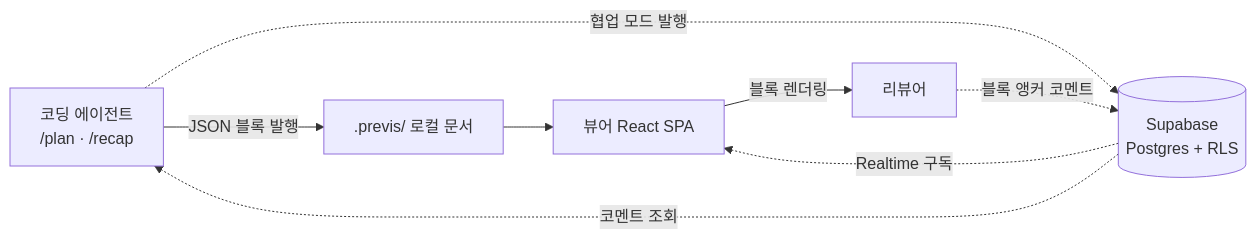
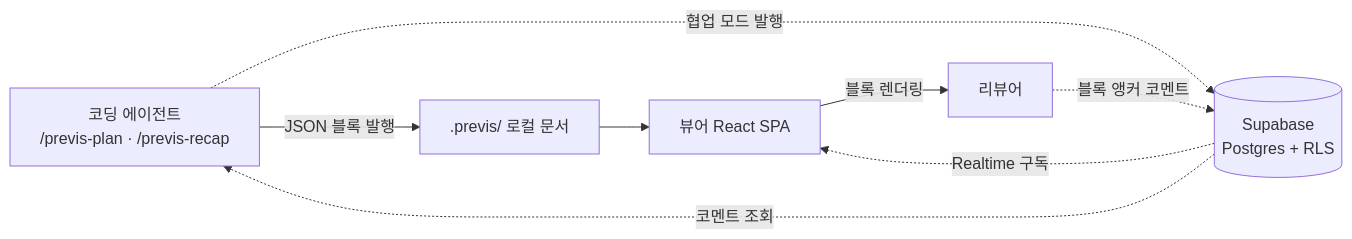
One commit to claude-studio/previs changed the diagram in docs/ARCHI.md. Above: the diagram before and after it, drawn with Mermaid. The commit also changed other lines of this file and 22 other files, not shown here.

First line of the commit message:
feat(skills): 로컬 발행 파이프라인·/previs-plan — 에이전트 스킬 1/2 (M4)

````diff
--- a/docs/ARCHI.md
+++ b/docs/ARCHI.md
@@ -172,10 +202,10 @@
 ```mermaid
 flowchart LR
-    A["코딩 에이전트<br/>/plan · /recap"] -->|JSON 블록 발행| L[".previs/ 로컬 문서"]
+    A["코딩 에이전트<br/>/previs-plan · /previs-recap"] -->|JSON 블록 발행| L[".previs/ 로컬 문서"]
     L --> C["뷰어 React SPA"]
     A -.->|협업 모드 발행| B[("Supabase<br/>Postgres + RLS")]
     B -.->|Realtime 구독| C
     C -->|블록 렌더링| D["리뷰어"]
     D -.->|블록 앵커 코멘트| B
     B -.->|코멘트 조회| A
 ```
````
